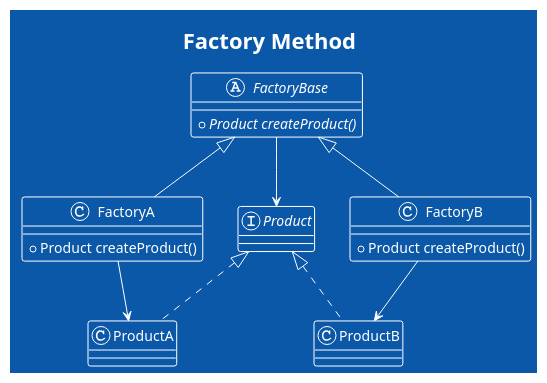
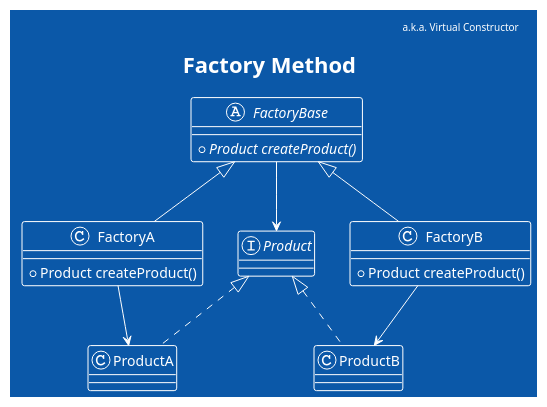
Before and after one commit to shuaibird/design-patterns-diagram: the diagram in creational/factory/factory-method.wsd, drawn with PlantUML. The commit also changed 4 other files, not shown here.

```diff
--- a/creational/factory/factory-method.wsd
+++ b/creational/factory/factory-method.wsd
@@ -1,25 +1,26 @@
 @startuml FactoryMethod
 title Factory Method
+header a.k.a. Virtual Constructor
 !theme amiga
 
 interface Product
 class ProductA implements Product
 class ProductB implements Product
 
 abstract class FactoryBase {
   + {abstract} Product createProduct()
 }
 
 class FactoryA extends FactoryBase {
   + Product createProduct()
 }
 
 class FactoryB extends FactoryBase {
   + Product createProduct()
 }
 
 FactoryBase --> Product
 FactoryA --> ProductA
 FactoryB --> ProductB
 
 @enduml
```
